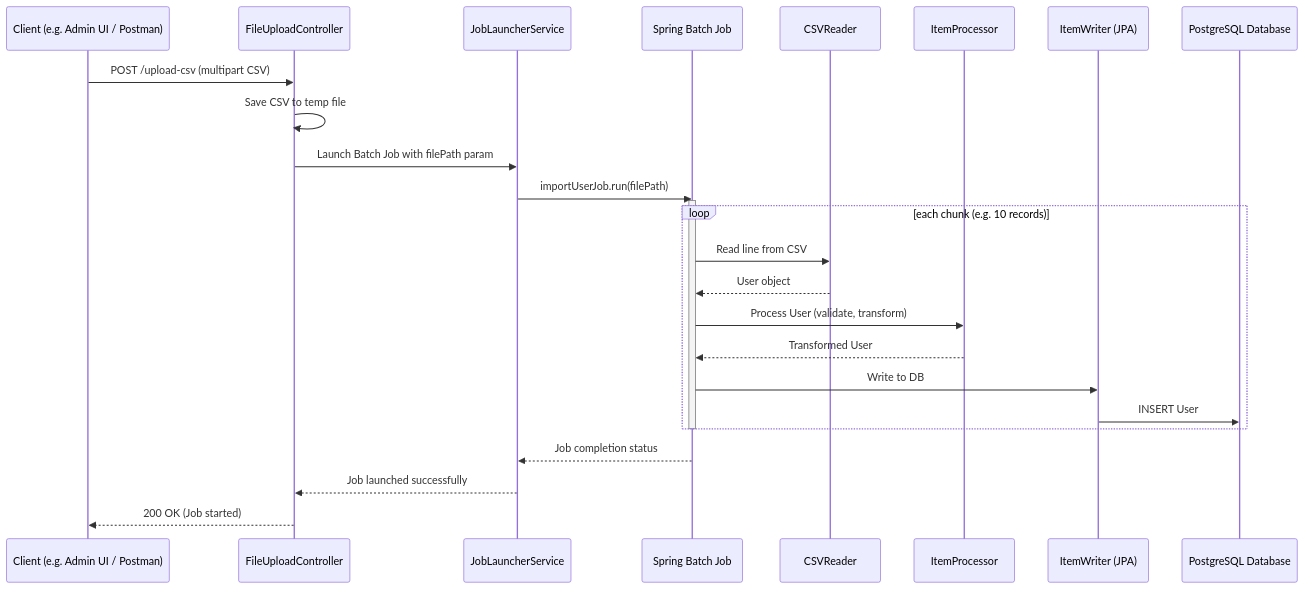
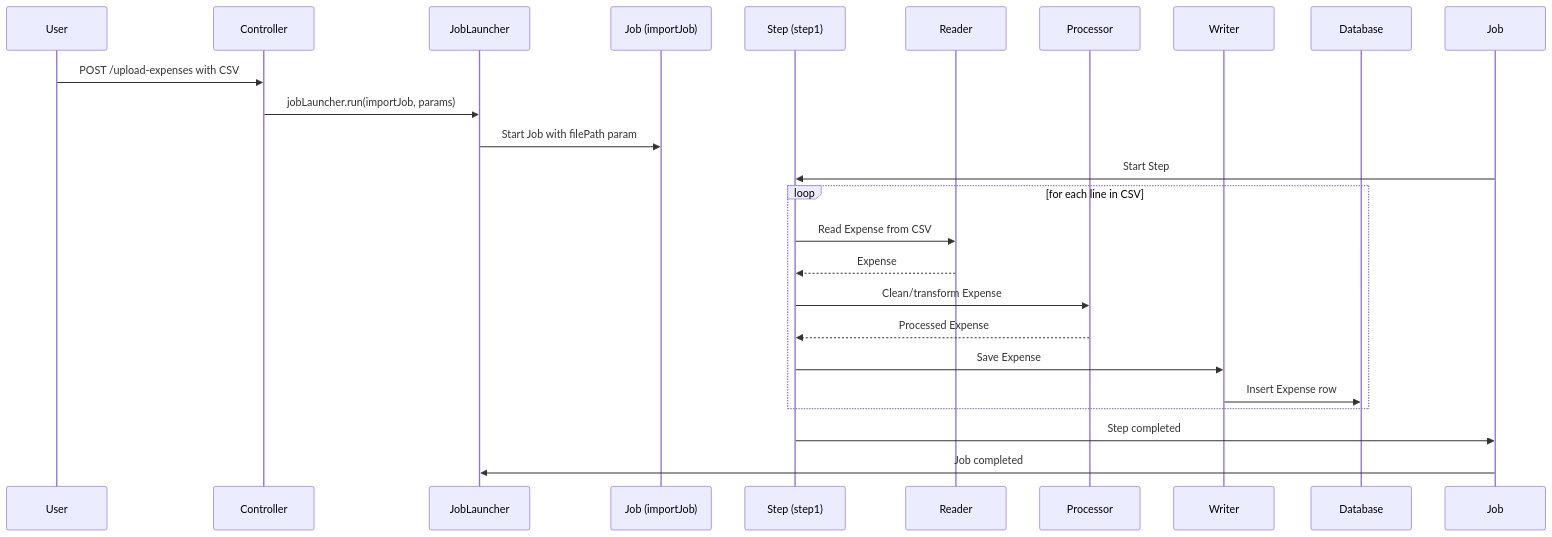
The diagram in README.md (mediocreasian/springbatch-expense-process), drawn with Mermaid before and after one commit.

`````diff
--- a/README.md
+++ b/README.md
@@ -44,31 +44,27 @@
 ```mermaid
-    sequenceDiagram
-    participant Client as Client (e.g. Admin UI / Postman)
-    participant Controller as FileUploadController
-    participant JobLauncher as JobLauncherService
-    participant BatchJob as Spring Batch Job
-    participant Reader as CSVReader
-    participant Processor as ItemProcessor
-    participant Writer as ItemWriter (JPA)
-    participant DB as PostgreSQL Database
+sequenceDiagram
+    participant User
+    participant Controller
+    participant JobLauncher
+    participant Job (importJob)
+    participant Step (step1)
+    participant Reader
+    participant Processor
+    participant Writer
+    participant Database
 
-    Client->>Controller: POST /upload-csv (multipart CSV)
-    Controller->>Controller: Save CSV to temp file
-    Controller->>JobLauncher: Launch Batch Job with filePath param
-    JobLauncher->>BatchJob: importUserJob.run(filePath)
-
-    activate BatchJob
-    loop each chunk (e.g. 10 records)
-        BatchJob->>Reader: Read line from CSV
-        Reader-->>BatchJob: User object
-        BatchJob->>Processor: Process User (validate, transform)
-        Processor-->>BatchJob: Transformed User
-        BatchJob->>Writer: Write to DB
-        Writer->>DB: INSERT User
+    User->>Controller: POST /upload-expenses with CSV
+    Controller->>JobLauncher: jobLauncher.run(importJob, params)
+    JobLauncher->>Job (importJob): Start Job with filePath param
+    Job->>Step (step1): Start Step
+    loop for each line in CSV
+        Step (step1)->>Reader: Read Expense from CSV
+        Reader-->>Step (step1): Expense
+        Step (step1)->>Processor: Clean/transform Expense
+        Processor-->>Step (step1): Processed Expense
+        Step (step1)->>Writer: Save Expense
+        Writer->>Database: Insert Expense row
     end
-    deactivate BatchJob
-
-    BatchJob-->>JobLauncher: Job completion status
-    JobLauncher-->>Controller: Job launched successfully
-    Controller-->>Client: 200 OK (Job started)
+    Step (step1)->>Job: Step completed
+    Job->>JobLauncher: Job completed
 ````
`````
